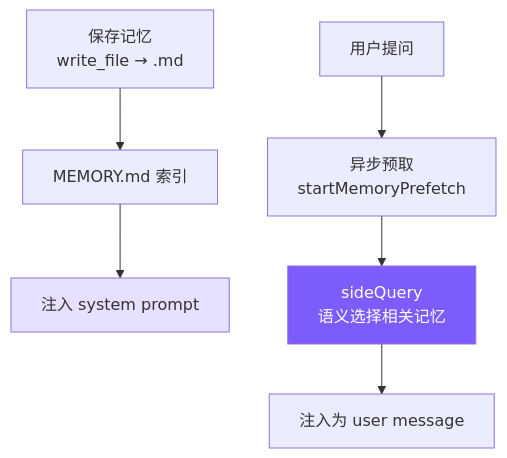
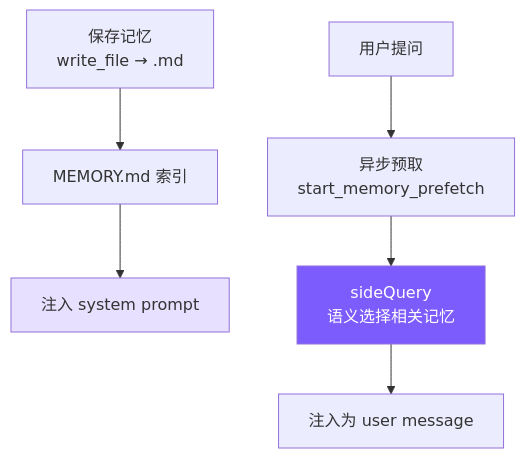
One commit to Kellin233/nano_code changed the diagram in docs/08-memory.md. Above: the diagram before and after it, drawn with Mermaid. The commit also changed other lines of this file and 114 other files, not shown here.

````diff
--- a/docs/08-memory.md
+++ b/docs/08-memory.md
@@ -7,11 +7,11 @@
 ```mermaid
 graph TB
     Save[保存记忆<br/>write_file → .md] --> Index[MEMORY.md 索引]
     Index --> Inject[注入 system prompt]
-    Query[用户提问] --> Prefetch[异步预取<br/>startMemoryPrefetch]
+    Query[用户提问] --> Prefetch[异步预取<br/>start_memory_prefetch]
     Prefetch --> SideQuery[sideQuery<br/>语义选择相关记忆]
     SideQuery --> Recall[注入为 user message]
 
     style SideQuery fill:#7c5cfc,color:#fff
     style Inject fill:#e8e0ff
 ```
````
